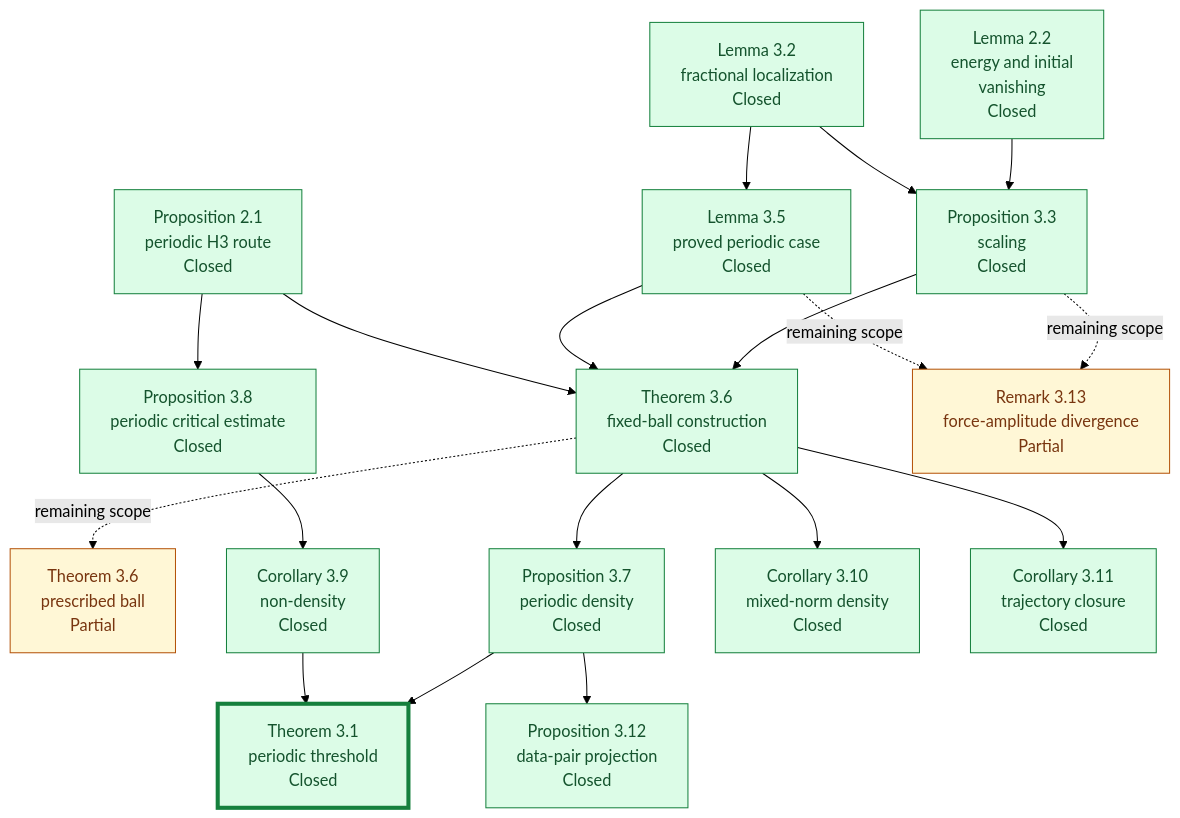
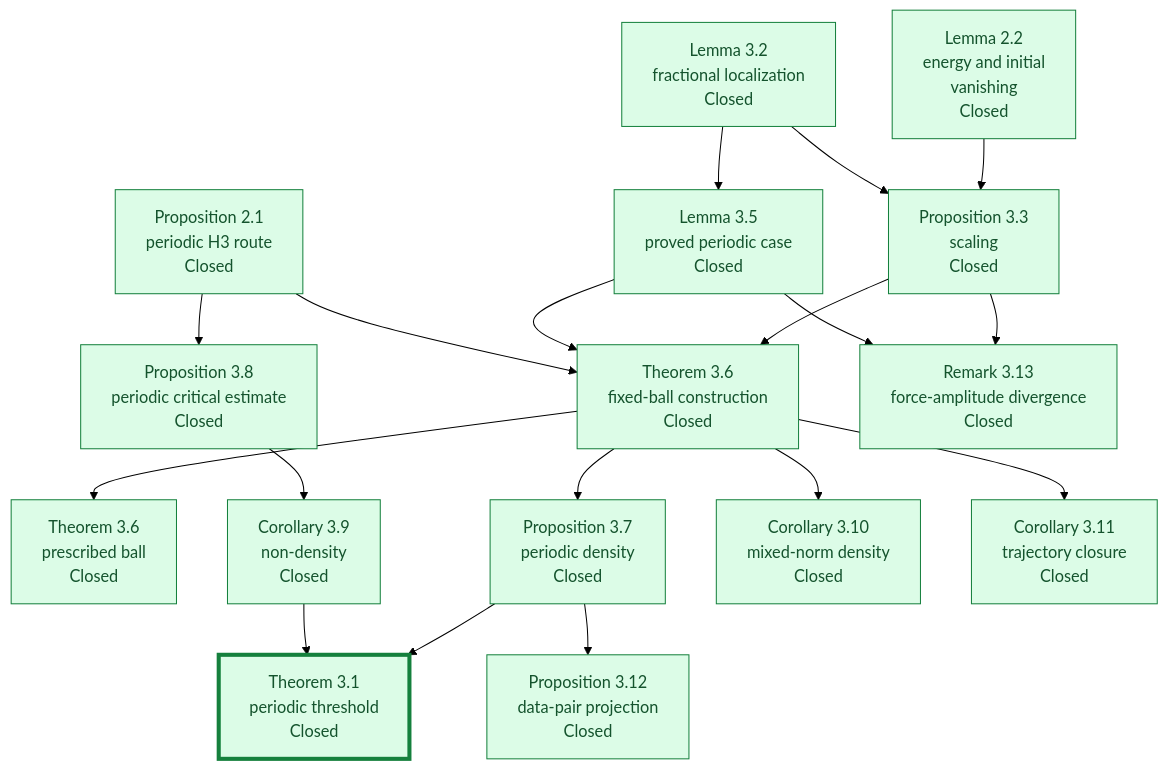
The second of 4 diagrams in formalization/blueprint/DEPENDENCY_GRAPH.md (mathzhuonichi/blowup_density), drawn with Mermaid (forest theme) before and after one commit. The commit also changed other lines of this file and 4 other files, not shown here.

````diff
--- a/formalization/blueprint/DEPENDENCY_GRAPH.md
+++ b/formalization/blueprint/DEPENDENCY_GRAPH.md
@@ -45,41 +45,40 @@
 ```mermaid
 flowchart TD
   E22["Lemma 2.2<br/>energy and initial<br/>vanishing<br/>Closed"]
   L32["Lemma 3.2<br/>fractional localization<br/>Closed"]
   S33["Proposition 3.3<br/>scaling<br/>Closed"]
   C35_T["Lemma 3.5<br/>proved periodic case<br/>Closed"]
   L21T["Proposition 2.1<br/>periodic H3 route<br/>Closed"]
   G36["Theorem 3.6<br/>fixed-ball construction<br/>Closed"]
-  G36_FULL["Theorem 3.6<br/>prescribed ball<br/>Partial"]
+  G36_FULL["Theorem 3.6<br/>prescribed ball<br/>Closed"]
   D37["Proposition 3.7<br/>periodic density<br/>Closed"]
   K38["Proposition 3.8<br/>periodic critical estimate<br/>Closed"]
   N39["Corollary 3.9<br/>non-density<br/>Closed"]
   T31["Theorem 3.1<br/>periodic threshold<br/>Closed"]
   M310["Corollary 3.10<br/>mixed-norm density<br/>Closed"]
   E311["Corollary 3.11<br/>trajectory closure<br/>Closed"]
   P312["Proposition 3.12<br/>data-pair projection<br/>Closed"]
-  R313["Remark 3.13<br/>force-amplitude divergence<br/>Partial"]
+  R313["Remark 3.13<br/>force-amplitude divergence<br/>Closed"]
   E22 --> S33
   L32 --> S33
   L32 --> C35_T
   S33 --> G36
   C35_T --> G36
   L21T --> G36
-  G36 -. remaining scope .-> G36_FULL
+  G36 --> G36_FULL
   G36 --> D37
   L21T --> K38
   K38 --> N39
   D37 --> T31
   N39 --> T31
   G36 --> M310
   G36 --> E311
   D37 --> P312
-  S33 -. remaining scope .-> R313
-  C35_T -. remaining scope .-> R313
+  S33 --> R313
+  C35_T --> R313
   classDef closed fill:#dcfce7,stroke:#15803d,color:#14532d;
   classDef partial fill:#fff7d6,stroke:#b45309,color:#78350f;
   classDef mainResult stroke-width:4px;
-  class E22,L32,S33,C35_T,L21T,G36,D37,K38,N39,T31,M310,E311,P312 closed;
-  class G36_FULL,R313 partial;
+  class E22,L32,S33,C35_T,L21T,G36,G36_FULL,D37,K38,N39,T31,M310,E311,P312,R313 closed;
   class T31 mainResult;
 ```
````
